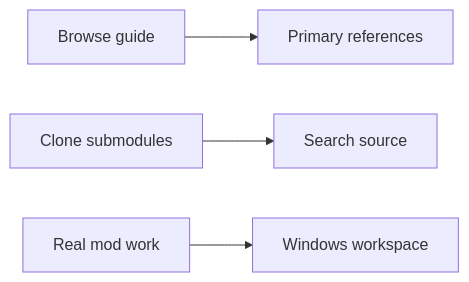
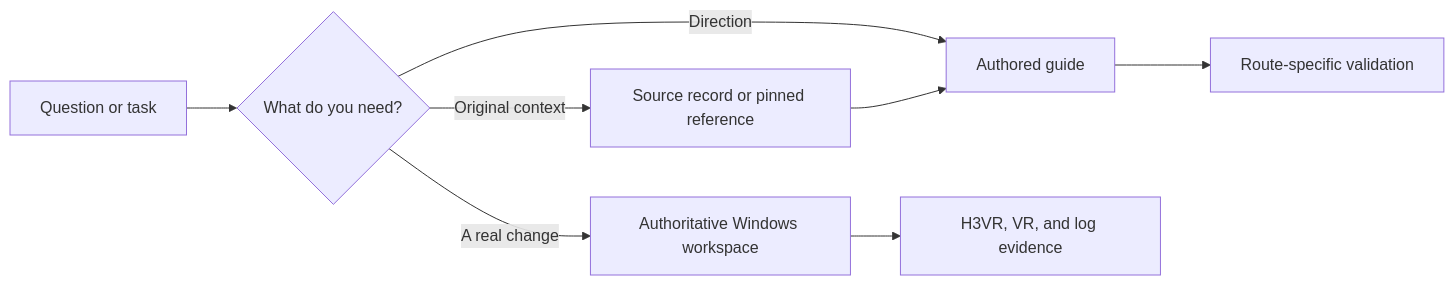
The diagram in docs/using-the-handbook.md (haohlin/H3VR-modding-handbook), drawn with Mermaid before and after one commit. The commit also changed other lines of this file and 5 other files, not shown here.

````diff
--- a/docs/using-the-handbook.md
+++ b/docs/using-the-handbook.md
@@ -11,6 +16,10 @@
-~~~mermaid
+```mermaid
 flowchart LR
-  browse[Browse guide] --> refs[Primary references]
-  clone[Clone submodules] --> search[Search source]
-  build[Real mod work] --> windows[Windows workspace]
-~~~
+  question[Question or task] --> route{What do you need?}
+  route -->|Direction| guide[Authored guide]
+  route -->|Original context| archive[Source record or pinned reference]
+  route -->|A real change| windows[Authoritative Windows workspace]
+  guide --> verify[Route-specific validation]
+  archive --> guide
+  windows --> runtime[H3VR, VR, and log evidence]
+```
````
